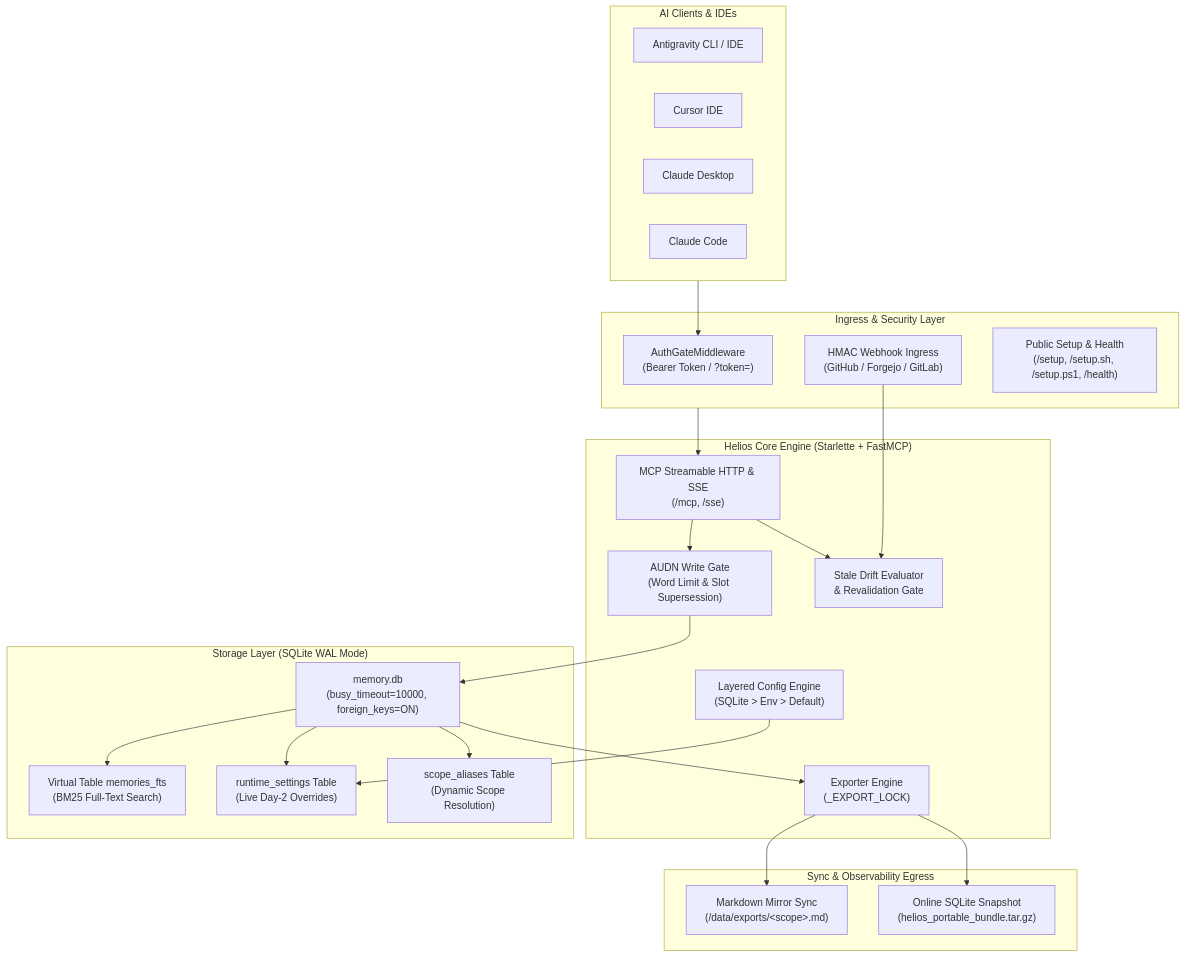
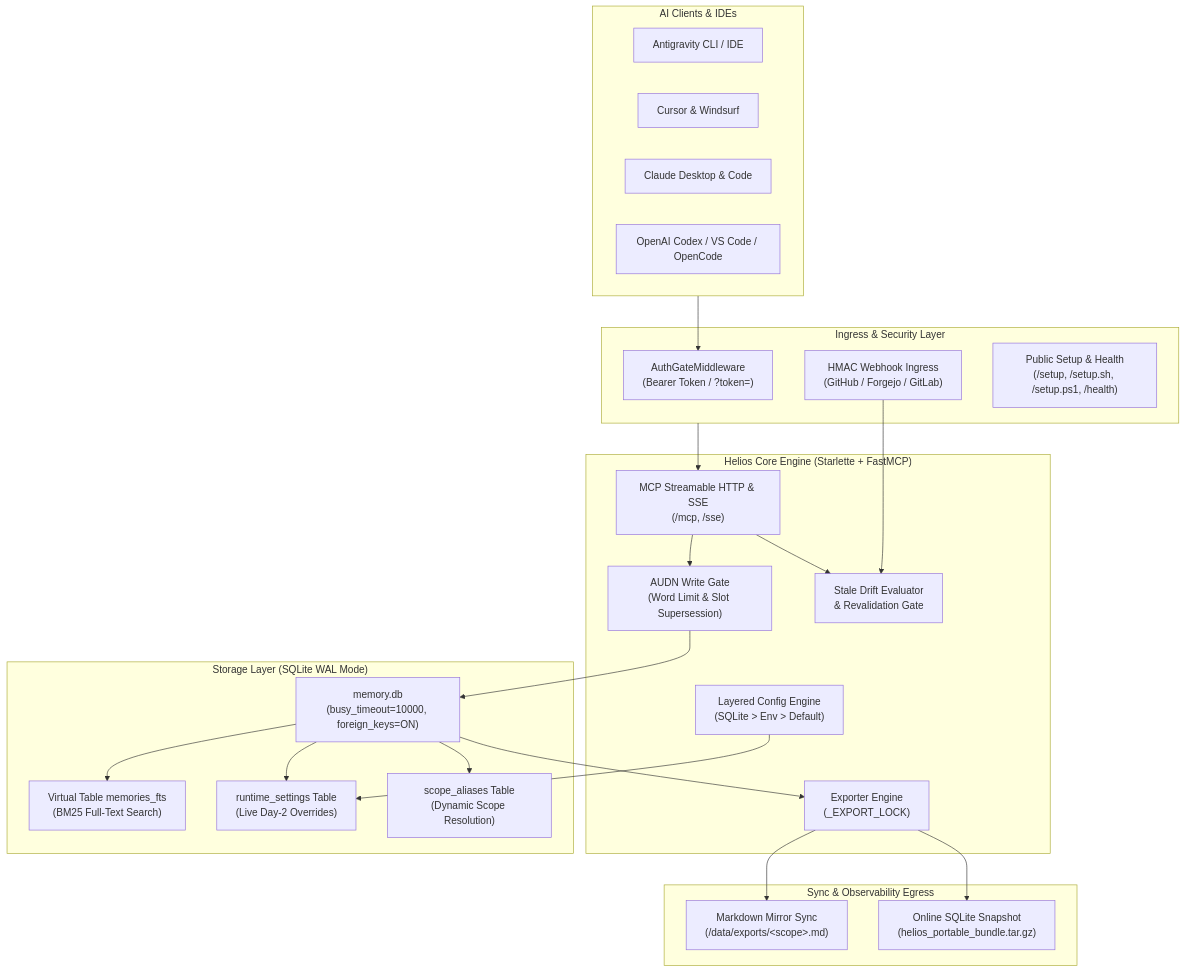
Before and after one commit to brazaoo4/helios: the second of 3 diagrams in README.md, drawn with Mermaid. The commit also changed other lines of this file and 7 other files, not shown here.

````diff
--- a/README.md
+++ b/README.md
@@ -293,49 +336,49 @@
 ```mermaid
 flowchart TD
     subgraph Clients["AI Clients & IDEs"]
         AG["Antigravity CLI / IDE"]
-        CR["Cursor IDE"]
-        CD["Claude Desktop"]
-        CC["Claude Code"]
+        CR["Cursor & Windsurf"]
+        CD["Claude Desktop & Code"]
+        CX["OpenAI Codex / VS Code / OpenCode"]
     end
 
     subgraph Ingress["Ingress & Security Layer"]
         AGW["AuthGateMiddleware<br/>(Bearer Token / ?token=)"]
         WHG["HMAC Webhook Ingress<br/>(GitHub / Forgejo / GitLab)"]
         PUB["Public Setup & Health<br/>(/setup, /setup.sh, /setup.ps1, /health)"]
     end
 
     subgraph Core["Helios Core Engine (Starlette + FastMCP)"]
         MCP["MCP Streamable HTTP & SSE<br/>(/mcp, /sse)"]
         AUDN["AUDN Write Gate<br/>(Word Limit & Slot Supersession)"]
         REVAL["Stale Drift Evaluator<br/>& Revalidation Gate"]
         CONFIG["Layered Config Engine<br/>(SQLite > Env > Default)"]
         EXP["Exporter Engine<br/>(_EXPORT_LOCK)"]
     end
 
     subgraph Storage["Storage Layer (SQLite WAL Mode)"]
         SQL["memory.db<br/>(busy_timeout=10000, foreign_keys=ON)"]
         FTS["Virtual Table memories_fts<br/>(BM25 Full-Text Search)"]
         SETTINGS["runtime_settings Table<br/>(Live Day-2 Overrides)"]
         ALIASES["scope_aliases Table<br/>(Dynamic Scope Resolution)"]
     end
 
     subgraph Egress["Sync & Observability Egress"]
         MD["Markdown Mirror Sync<br/>(/data/exports/&lt;scope&gt;.md)"]
         TAR["Online SQLite Snapshot<br/>(helios_portable_bundle.tar.gz)"]
     end
 
     Clients --> AGW
     Ingress --> MCP
     MCP --> AUDN
     MCP --> REVAL
     WHG --> REVAL
     AUDN --> SQL
     SQL --> FTS
     SQL --> SETTINGS
     SQL --> ALIASES
     CONFIG --> SETTINGS
     SQL --> EXP
     EXP --> MD
     EXP --> TAR
 ```
````
